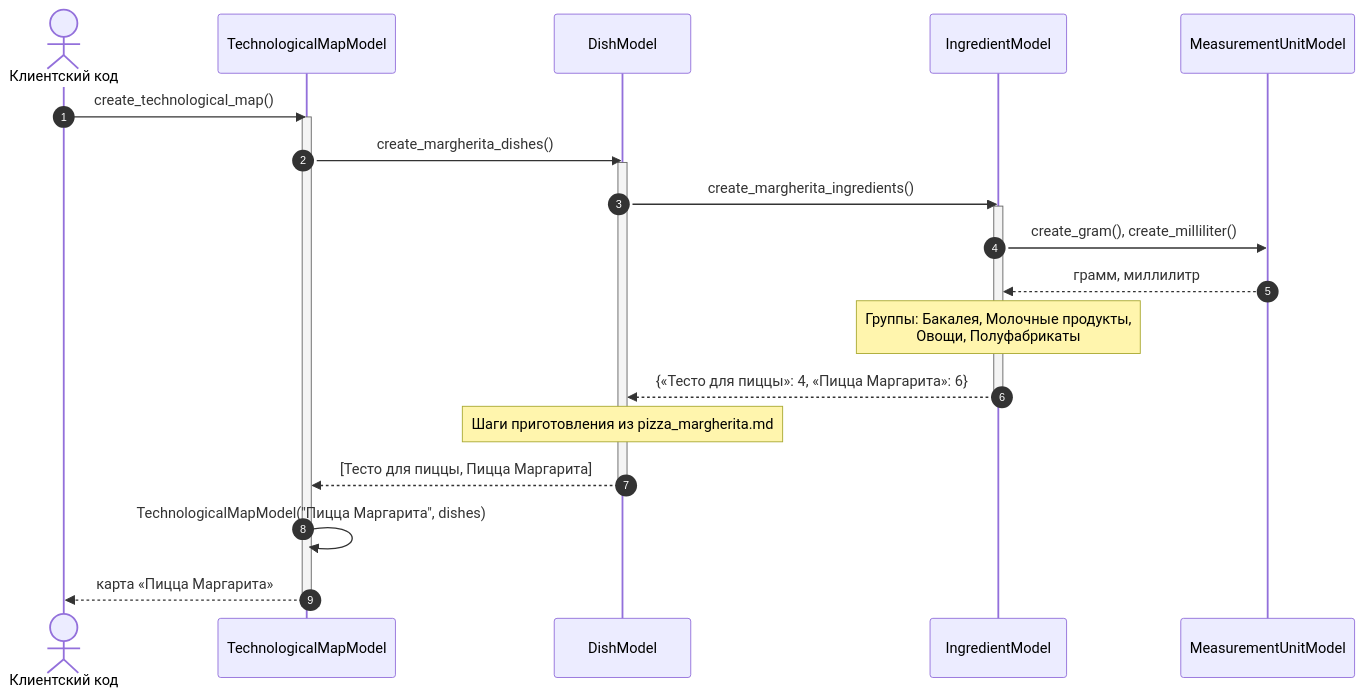
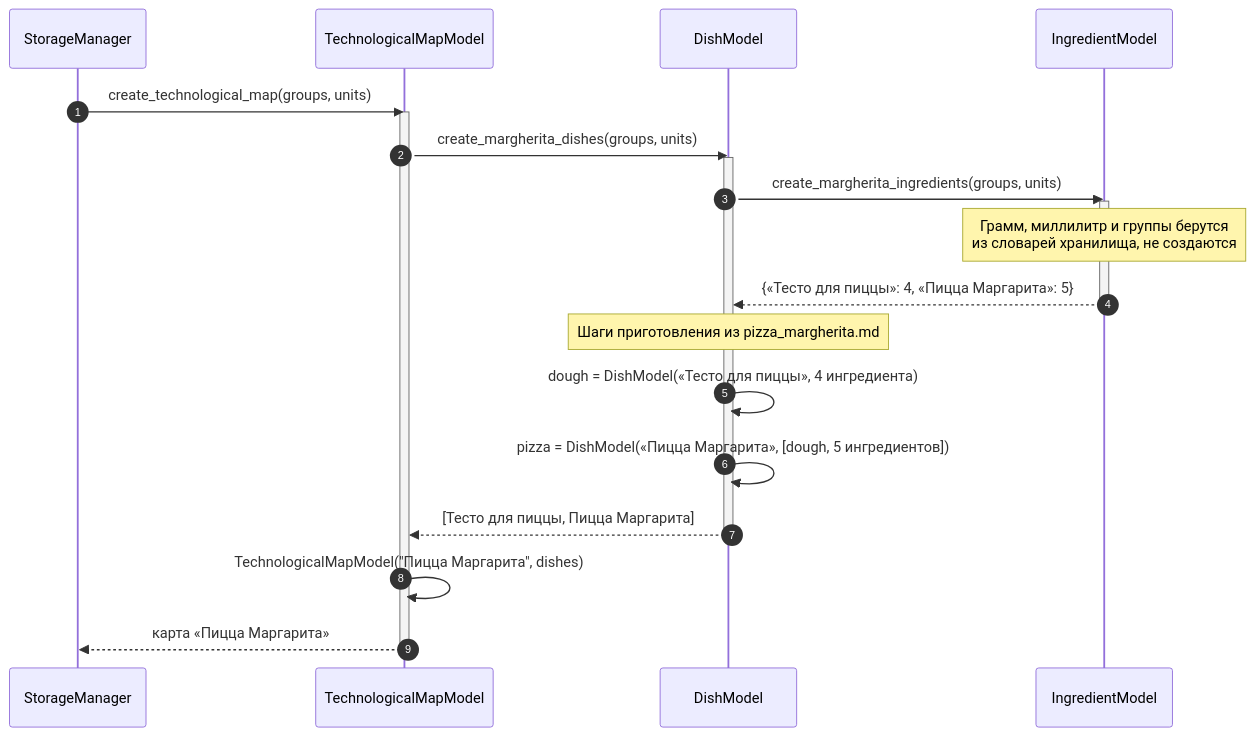
One commit to Dest1n640/Design-Patterns changed the second of 3 diagrams in _docs/uml/recipes.md. Above: the diagram before and after it, drawn with Mermaid. The commit also changed other lines of this file and 10 other files, not shown here.

````diff
--- a/_docs/uml/recipes.md
+++ b/_docs/uml/recipes.md
@@ -99,27 +107,26 @@
 ```mermaid
 sequenceDiagram
     autonumber
-    actor Client as Клиентский код
+    participant SM as StorageManager
     participant TM as TechnologicalMapModel
     participant Dish as DishModel
     participant Ingr as IngredientModel
-    participant Unit as MeasurementUnitModel
 
-    Client->>TM: create_technological_map()
+    SM->>TM: create_technological_map(groups, units)
     activate TM
-    TM->>Dish: create_margherita_dishes()
+    TM->>Dish: create_margherita_dishes(groups, units)
     activate Dish
-    Dish->>Ingr: create_margherita_ingredients()
+    Dish->>Ingr: create_margherita_ingredients(groups, units)
     activate Ingr
-    Ingr->>Unit: create_gram(), create_milliliter()
-    Unit-->>Ingr: грамм, миллилитр
-    Note over Ingr: Группы: Бакалея, Молочные продукты,<br/>Овощи, Полуфабрикаты
-    Ingr-->>Dish: {«Тесто для пиццы»: 4, «Пицца Маргарита»: 6}
+    Note over Ingr: Грамм, миллилитр и группы берутся<br/>из словарей хранилища, не создаются
+    Ingr-->>Dish: {«Тесто для пиццы»: 4, «Пицца Маргарита»: 5}
     deactivate Ingr
     Note over Dish: Шаги приготовления из pizza_margherita.md
+    Dish->>Dish: dough = DishModel(«Тесто для пиццы», 4 ингредиента)
+    Dish->>Dish: pizza = DishModel(«Пицца Маргарита», [dough, 5 ингредиентов])
     Dish-->>TM: [Тесто для пиццы, Пицца Маргарита]
     deactivate Dish
     TM->>TM: TechnologicalMapModel("Пицца Маргарита", dishes)
-    TM-->>Client: карта «Пицца Маргарита»
+    TM-->>SM: карта «Пицца Маргарита»
     deactivate TM
 ```
````
